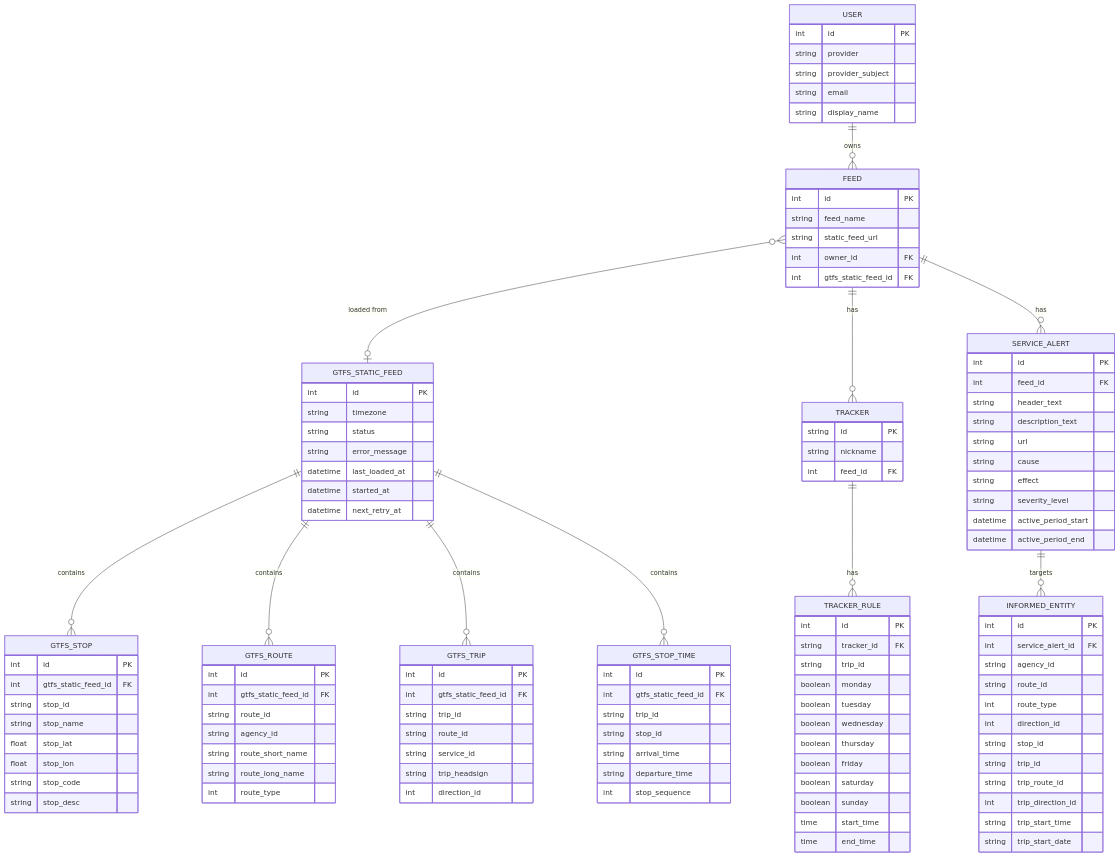
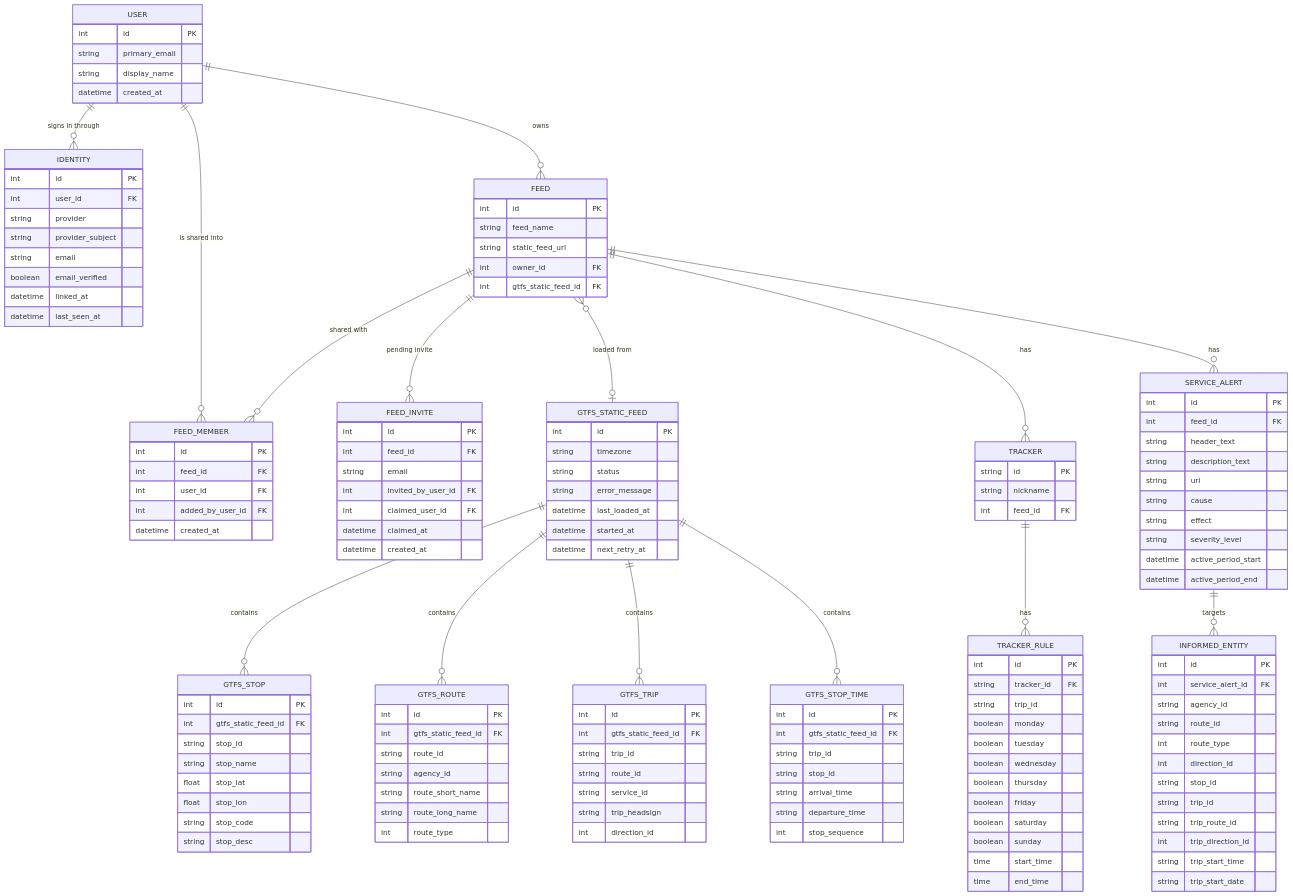
One commit to gtfs-zone/deploy-gtfs-rt changed the fourth of 7 diagrams in README.md. Above: the diagram before and after it, drawn with Mermaid. The commit also changed other lines of this file and 1 other file, not shown here.

```diff
--- a/README.md
+++ b/README.md
@@ -175,10 +182,35 @@
 erDiagram
     USER {
         int id PK
+        string primary_email
+        string display_name
+        datetime created_at
+    }
+    IDENTITY {
+        int id PK
+        int user_id FK
         string provider
         string provider_subject
         string email
-        string display_name
+        boolean email_verified
+        datetime linked_at
+        datetime last_seen_at
+    }
+    FEED_MEMBER {
+        int id PK
+        int feed_id FK
+        int user_id FK
+        int added_by_user_id FK
+        datetime created_at
+    }
+    FEED_INVITE {
+        int id PK
+        int feed_id FK
+        string email
+        int invited_by_user_id FK
+        int claimed_user_id FK
+        datetime claimed_at
+        datetime created_at
     }
     FEED {
         int id PK
@@ -279,7 +311,11 @@
         int stop_sequence
     }
 
+    USER ||--o{ IDENTITY : "signs in through"
     USER ||--o{ FEED : owns
+    USER ||--o{ FEED_MEMBER : "is shared into"
+    FEED ||--o{ FEED_MEMBER : "shared with"
+    FEED ||--o{ FEED_INVITE : "pending invite"
     FEED }o--o| GTFS_STATIC_FEED : "loaded from"
     FEED ||--o{ TRACKER : has
     TRACKER ||--o{ TRACKER_RULE : has
```
